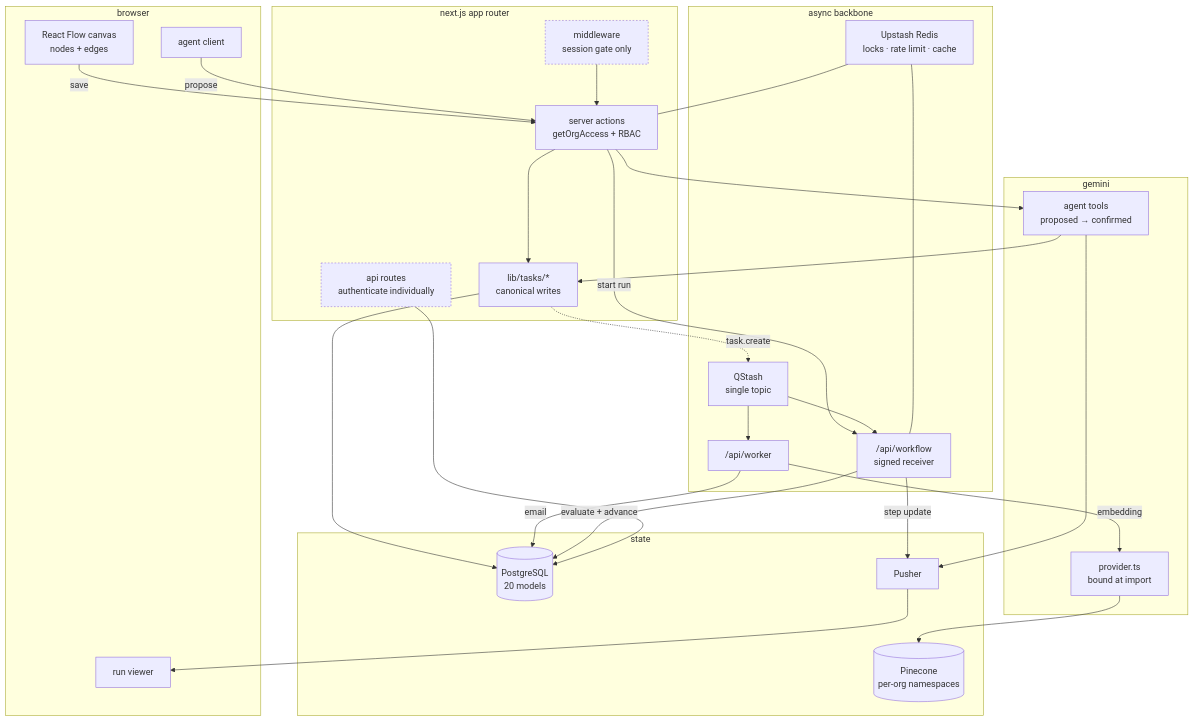
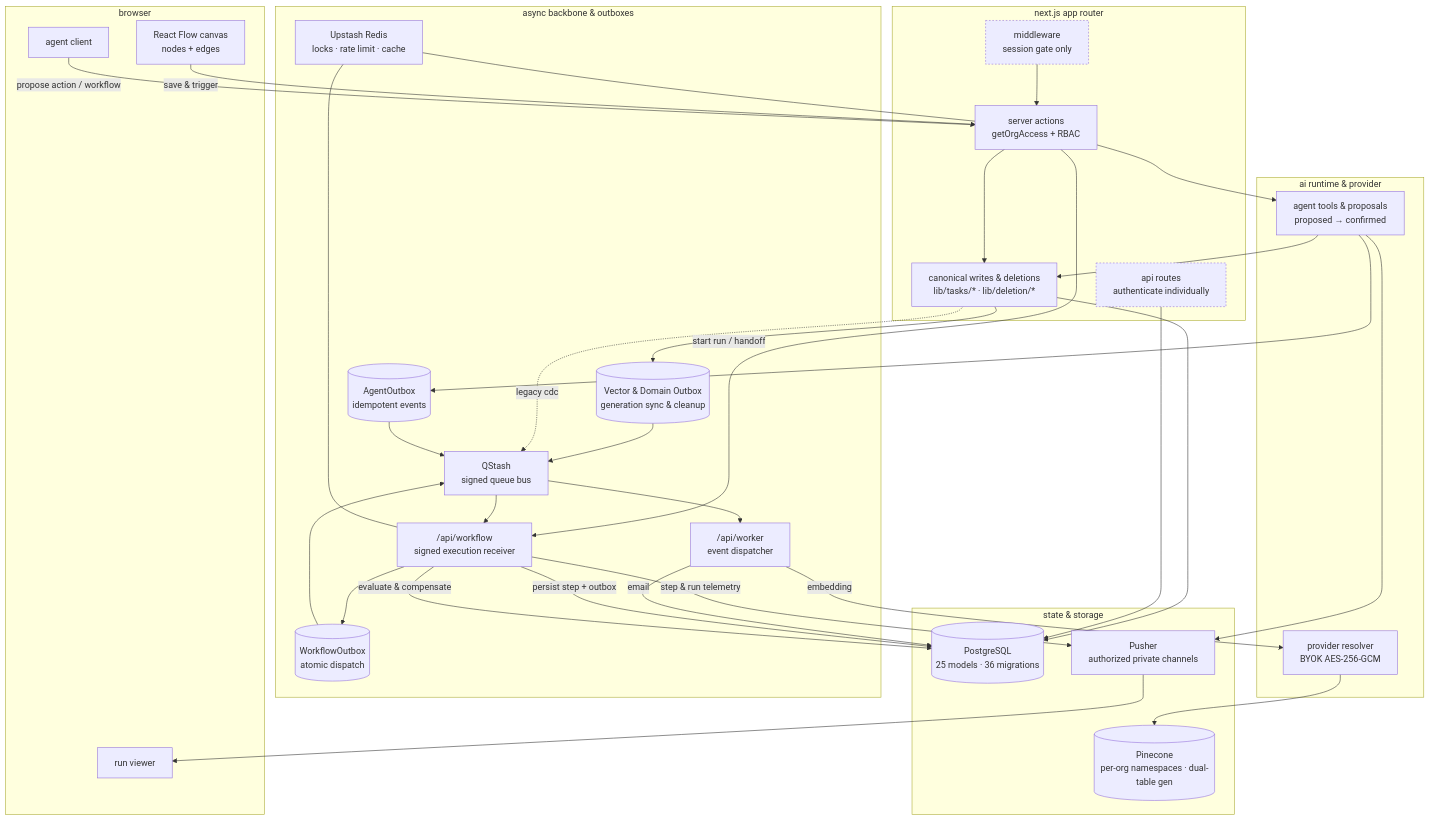
The diagram in README.md (Mayur11code/Forge), drawn with Mermaid before and after one commit. The commit also changed other lines of this file, not shown here.

Commit message:
docs: update README with accurate test metrics, F01-F04 saga architecture, and UPPR 4.1 vector outbox

````diff
--- a/README.md
+++ b/README.md
@@ -113,61 +120,72 @@
 ```mermaid
 flowchart TB
     subgraph client["browser"]
         canvas["React Flow canvas<br/>nodes + edges"]
         runs["run viewer"]
         agentui["agent client"]
     end
 
     subgraph app["next.js app router"]
         mw["middleware<br/>session gate only"]
         actions["server actions<br/>getOrgAccess + RBAC"]
         apiroutes["api routes<br/>authenticate individually"]
-        write["lib/tasks/*<br/>canonical writes"]
+        write["canonical writes & deletions<br/>lib/tasks/* · lib/deletion/*"]
     end
 
-    subgraph bus["async backbone"]
-        qstash["QStash<br/>single topic"]
+    subgraph bus["async backbone & outboxes"]
+        woutbox[("WorkflowOutbox<br/>atomic dispatch")]
+        aoutbox[("AgentOutbox<br/>idempotent events")]
+        voutbox[("Vector & Domain Outbox<br/>generation sync & cleanup")]
+        qstash["QStash<br/>signed queue bus"]
         redis["Upstash Redis<br/>locks · rate limit · cache"]
-        worker["/api/worker"]
-        wfapi["/api/workflow<br/>signed receiver"]
+        worker["/api/worker<br/>event dispatcher"]
+        wfapi["/api/workflow<br/>signed execution receiver"]
     end
 
-    subgraph data["state"]
-        pg[("PostgreSQL<br/>20 models")]
-        pine[("Pinecone<br/>per-org namespaces")]
-        push["Pusher"]
+    subgraph data["state & storage"]
+        pg[("PostgreSQL<br/>25 models · 36 migrations")]
+        pine[("Pinecone<br/>per-org namespaces · dual-table gen")]
+        push["Pusher<br/>authorized private channels"]
     end
 
-    subgraph ai["gemini"]
-        provider["provider.ts<br/>bound at import"]
-        tools["agent tools<br/>proposed → confirmed"]
+    subgraph ai["ai runtime & provider"]
+        provider["provider resolver<br/>BYOK AES-256-GCM"]
+        tools["agent tools & proposals<br/>proposed → confirmed"]
     end
 
-    canvas -->|save| actions
+    canvas -->|save & trigger| actions
     actions --> write
     write --> pg
-    write -.->|task.create| qstash
+    write --> voutbox
+    voutbox --> qstash
+    write -.->|legacy cdc| qstash
+
     qstash --> worker
     worker -->|embedding| provider
     worker -->|email| pg
     provider --> pine
 
-    actions -->|start run| wfapi
+    actions -->|start run / handoff| wfapi
+    wfapi -->|persist step + outbox| pg
+    wfapi --> woutbox
+    woutbox --> qstash
     qstash --> wfapi
-    wfapi -->|evaluate + advance| pg
-    wfapi -->|step update| push
+    wfapi -->|evaluate & compensate| pg
+    wfapi -->|step & run telemetry| push
     push --> runs
 
-    agentui -->|propose| actions
+    agentui -->|propose action / workflow| actions
     actions --> tools
     tools --> write
+    tools --> aoutbox
+    aoutbox --> qstash
     tools --> push
 
     mw --> actions
     apiroutes --> pg
     redis --- actions
     redis --- wfapi
 
     classDef trust stroke-width:1px,stroke-dasharray:3 3
     class mw,apiroutes trust
 ```
````
